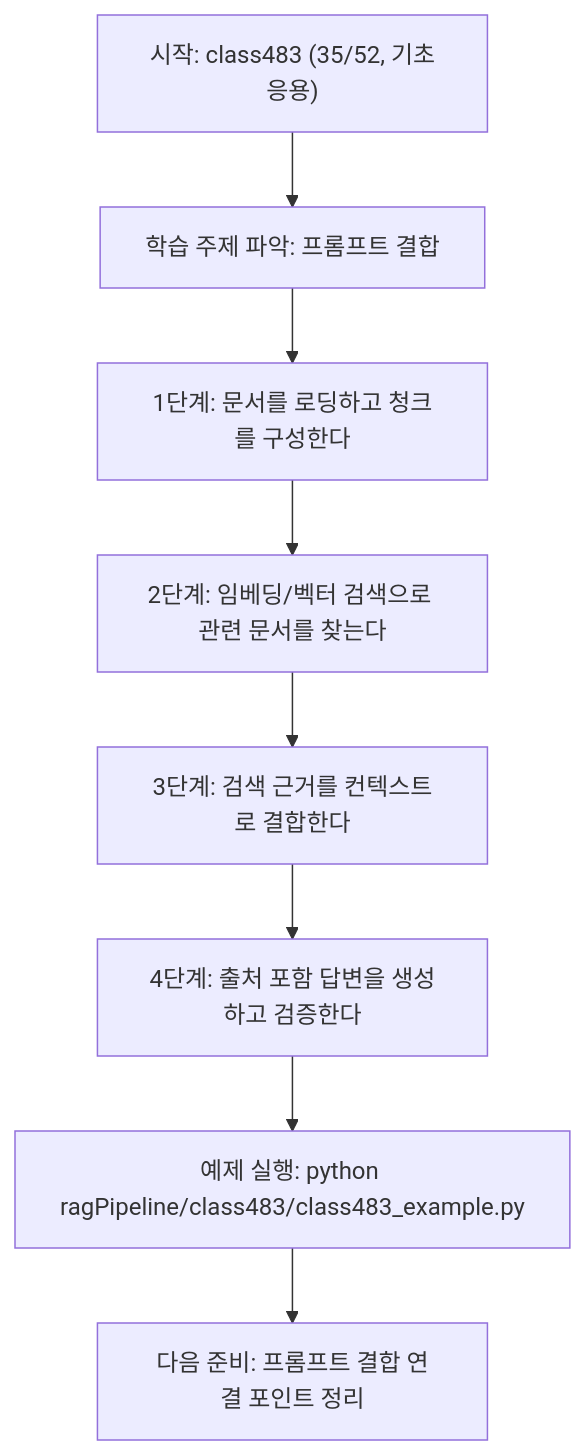
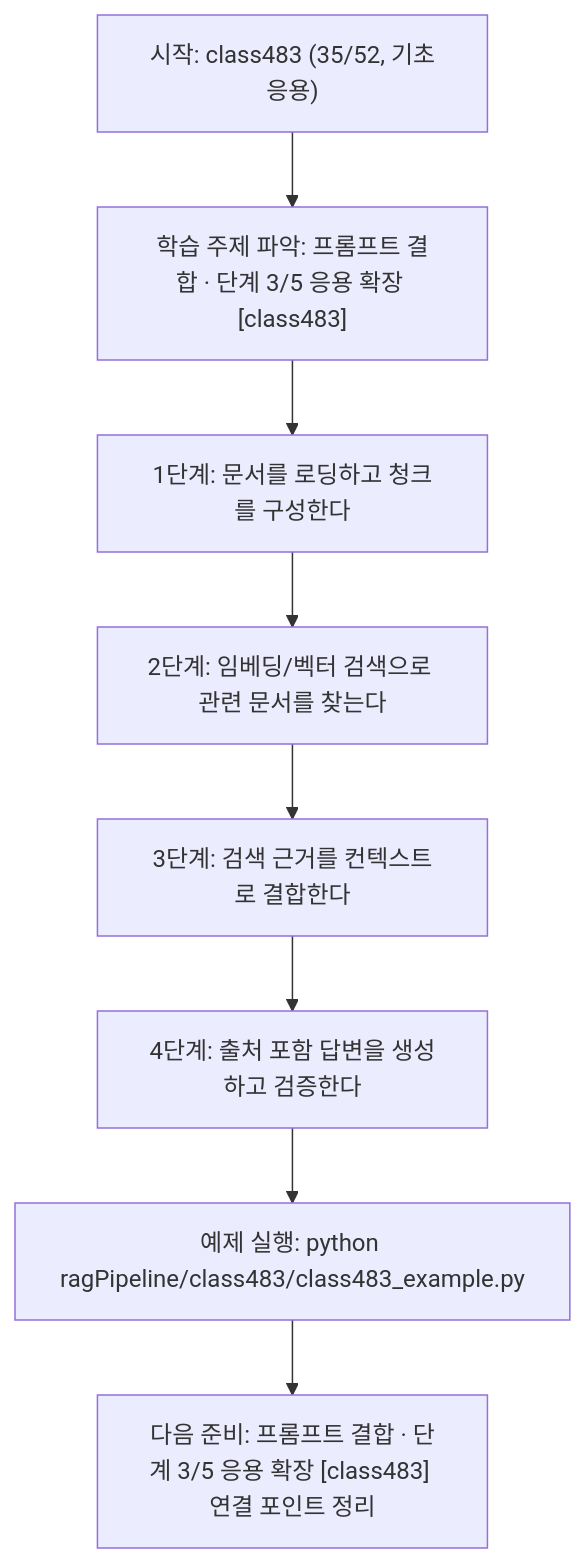
One commit to edumgt/Python-AI_Agent-Class changed the diagram in ragPipeline/class483/class483.md. Above: the diagram before and after it, drawn with Mermaid. The commit also changed other lines of this file and 522 other files, not shown here.

````diff
--- a/ragPipeline/class483/class483.md
+++ b/ragPipeline/class483/class483.md
@@ -109,18 +110,18 @@
 ```mermaid
 flowchart TD
 N1["시작: class483 (35/52, 기초응용)"]
-N2["학습 주제 파악: 프롬프트 결합"]
+N2["학습 주제 파악: 프롬프트 결합 · 단계 3/5 응용 확장 [class483]"]
 N3["1단계: 문서를 로딩하고 청크를 구성한다"]
 N4["2단계: 임베딩/벡터 검색으로 관련 문서를 찾는다"]
 N5["3단계: 검색 근거를 컨텍스트로 결합한다"]
 N6["4단계: 출처 포함 답변을 생성하고 검증한다"]
 N7["예제 실행: python ragPipeline/class483/class483_example.py"]
-N8["다음 준비: 프롬프트 결합 연결 포인트 정리"]
+N8["다음 준비: 프롬프트 결합 · 단계 3/5 응용 확장 [class483] 연결 포인트 정리"]
 N1 --> N2
 N2 --> N3
 N3 --> N4
 N4 --> N5
 N5 --> N6
 N6 --> N7
 N7 --> N8
 ```
````
